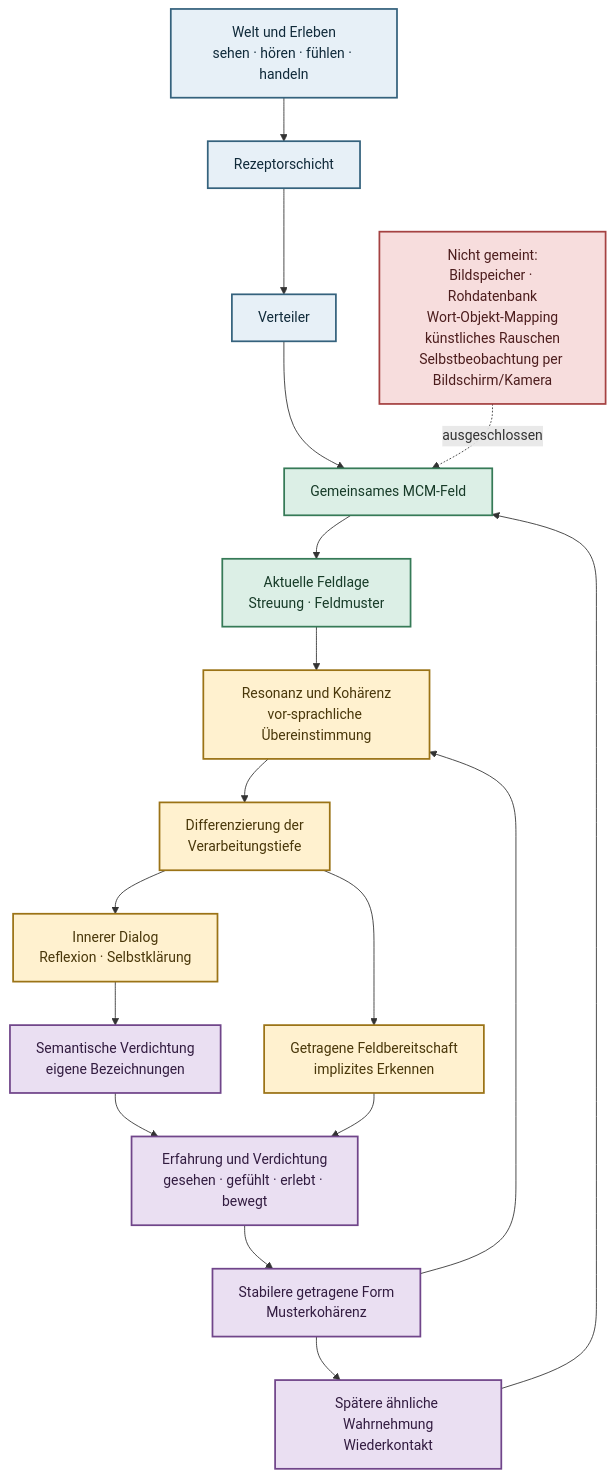
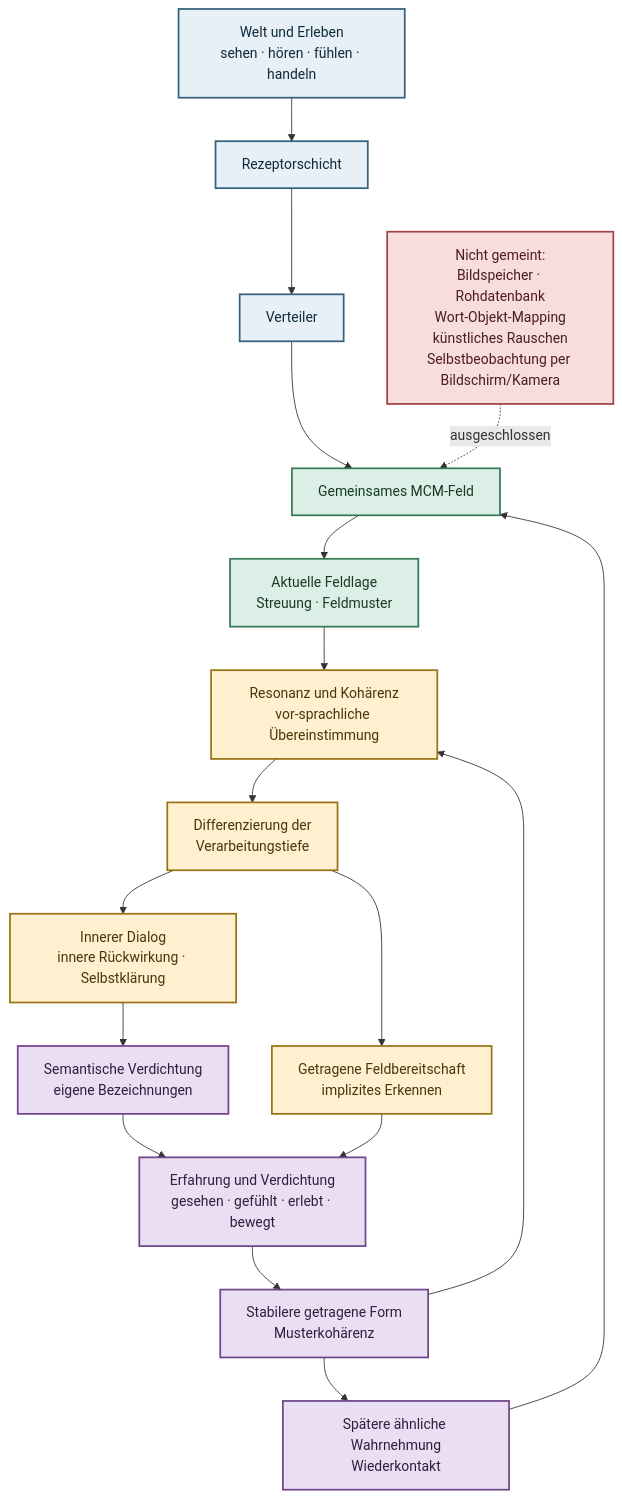
Before and after one commit to H5Pro2/MCM_FIELD_ORGANISM: the diagram in README.md, drawn with Mermaid. The commit also changed other lines of this file and 1933 other files, not shown here.

````diff
--- a/README.md
+++ b/README.md
@@ -57,42 +1301,42 @@
 ```mermaid
 flowchart TD
     W["Welt und Erleben<br/>sehen · hören · fühlen · handeln"]
     R["Rezeptorschicht"]
     V["Verteiler"]
     M["Gemeinsames MCM-Feld"]
     F["Aktuelle Feldlage<br/>Streuung · Feldmuster"]
     K["Resonanz und Kohärenz<br/>vor-sprachliche Übereinstimmung"]
     T["Differenzierung der<br/>Verarbeitungstiefe"]
 
     A["Getragene Feldbereitschaft<br/>implizites Erkennen"]
-    D["Innerer Dialog<br/>Reflexion · Selbstklärung"]
+    D["Innerer Dialog<br/>innere Rückwirkung · Selbstklärung"]
     S["Semantische Verdichtung<br/>eigene Bezeichnungen"]
     E["Erfahrung und Verdichtung<br/>gesehen · gefühlt · erlebt · bewegt"]
     P["Stabilere getragene Form<br/>Musterkohärenz"]
     N["Spätere ähnliche Wahrnehmung<br/>Wiederkontakt"]
 
     W --> R --> V --> M --> F
     F --> K --> T
     T --> A
     T --> D
     D --> S --> E
     A --> E
     E --> P --> N --> M
     P --> K
 
     X["Nicht gemeint:<br/>Bildspeicher · Rohdatenbank<br/>Wort-Objekt-Mapping<br/>künstliches Rauschen<br/>Selbstbeobachtung per Bildschirm/Kamera"]
 
     X -. ausgeschlossen .-> M
 
     classDef world fill:#e7f0f7,stroke:#35627d,stroke-width:2px,color:#102a3a;
     classDef field fill:#dcefe6,stroke:#367a57,stroke-width:2px,color:#173b28;
     classDef process fill:#fff1cf,stroke:#9b7316,stroke-width:2px,color:#49370a;
     classDef memory fill:#eadff2,stroke:#70458a,stroke-width:2px,color:#321c40;
     classDef excluded fill:#f7dddd,stroke:#a54242,stroke-width:2px,color:#4c1d1d;
 
     class W,R,V world;
     class M,F field;
     class K,T,A,D process;
     class S,E,P,N memory;
     class X excluded;
 ```
````
